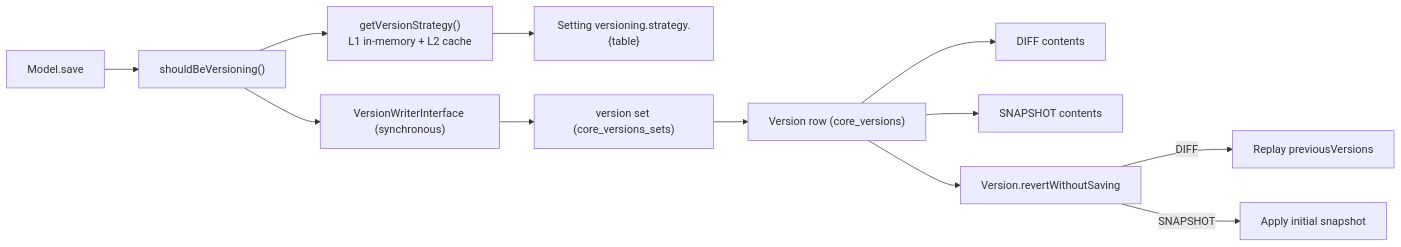
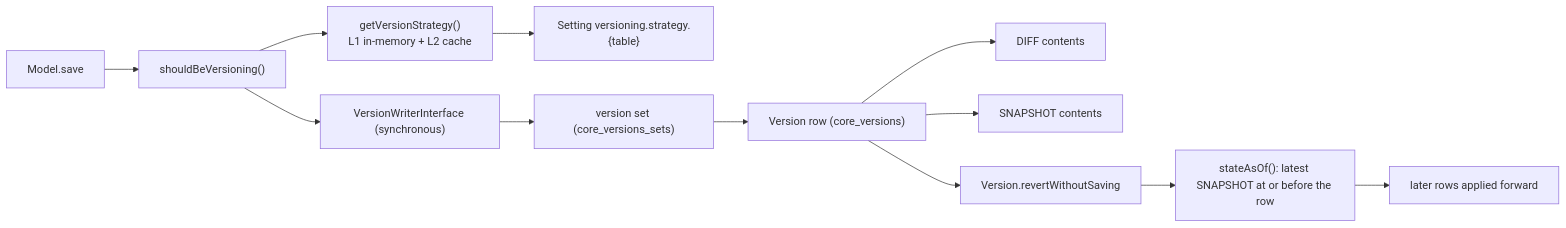
One commit to swolley/laraplate-core changed the fifth of 14 diagrams in docs/rag/MODULE.md. Above: the diagram before and after it, drawn with Mermaid. The commit also changed other lines of this file, not shown here.

Commit message:
docs(core): document the reconstruction and the never-versioned models (Slice 2)

````diff
--- a/docs/rag/MODULE.md
+++ b/docs/rag/MODULE.md
@@ -232,25 +232,24 @@
 ```mermaid
 flowchart LR
   Save[Model.save]
   Should["shouldBeVersioning()"]
   Strat["getVersionStrategy()<br/>L1 in-memory + L2 cache"]
   Setting["Setting versioning.strategy.{table}"]
   Writer["VersionWriterInterface (synchronous)"]
   Set["version set (core_versions_sets)"]
   Vers["Version row (core_versions)"]
   DIFF[DIFF contents]
   SNAP[SNAPSHOT contents]
   Revert["Version.revertWithoutSaving"]
-  Replay[Replay previousVersions]
-  Apply[Apply initial snapshot]
+  Anchor["stateAsOf(): latest SNAPSHOT at or before the row"]
+  Replay["later rows applied forward"]
 
   Save --> Should
   Should --> Strat
   Strat --> Setting
   Should --> Writer --> Set --> Vers
   Vers --> DIFF
   Vers --> SNAP
   Vers --> Revert
-  Revert -->|DIFF| Replay
-  Revert -->|SNAPSHOT| Apply
+  Revert --> Anchor --> Replay
 ```
````
